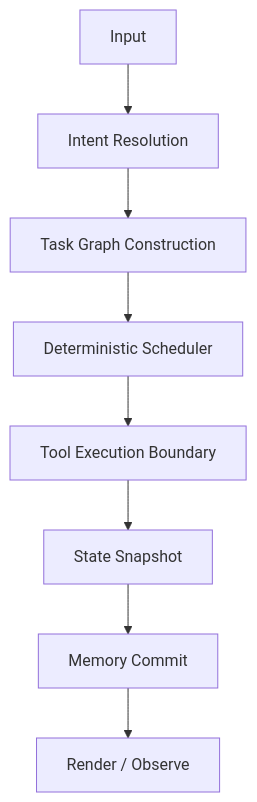
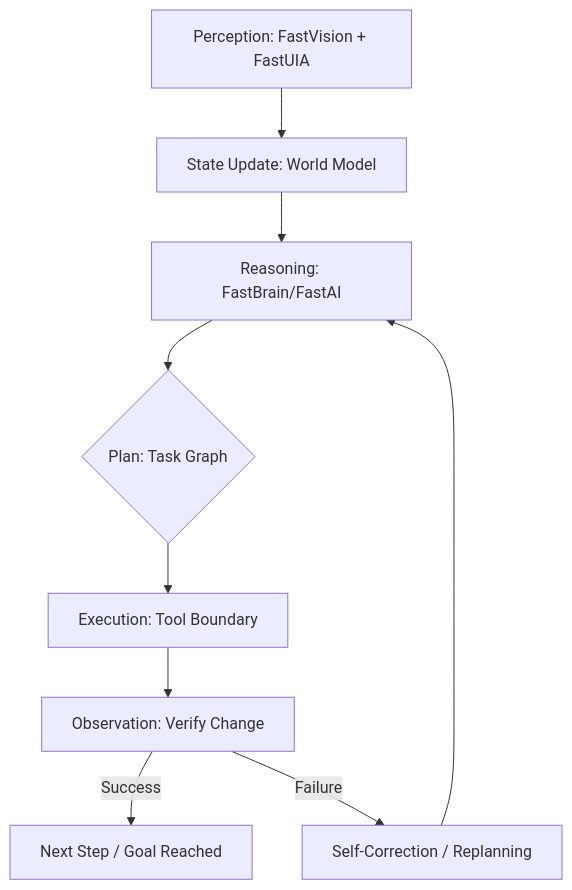
One commit to andrestubbe/FastAgent changed the second of 2 diagrams in README.md. Above: the diagram before and after it, drawn with Mermaid. The commit also changed other lines of this file, not shown here.

Commit message:
Ultimate Fusion: Integrated all Architectural, Visionary & Technical components

````diff
--- a/README.md
+++ b/README.md
@@ -61,10 +62,11 @@
 ```mermaid
 graph TD
-    Input[Input] --> Intent[Intent Resolution]
-    Intent --> Graph[Task Graph Construction]
-    Graph --> Scheduler[Deterministic Scheduler]
-    Scheduler --> Boundary[Tool Execution Boundary]
-    Boundary --> Snapshot[State Snapshot]
-    Snapshot --> Commit[Memory Commit]
-    Commit --> Observe[Render / Observe]
+    A[Perception: FastVision + FastUIA] --> B[State Update: World Model]
+    B --> C[Reasoning: FastBrain/FastAI]
+    C --> D{Plan: Task Graph}
+    D --> E[Execution: Tool Boundary]
+    E --> F[Observation: Verify Change]
+    F -->|Success| G[Next Step / Goal Reached]
+    F -->|Failure| H[Self-Correction / Replanning]
+    H --> C
 ```
````
